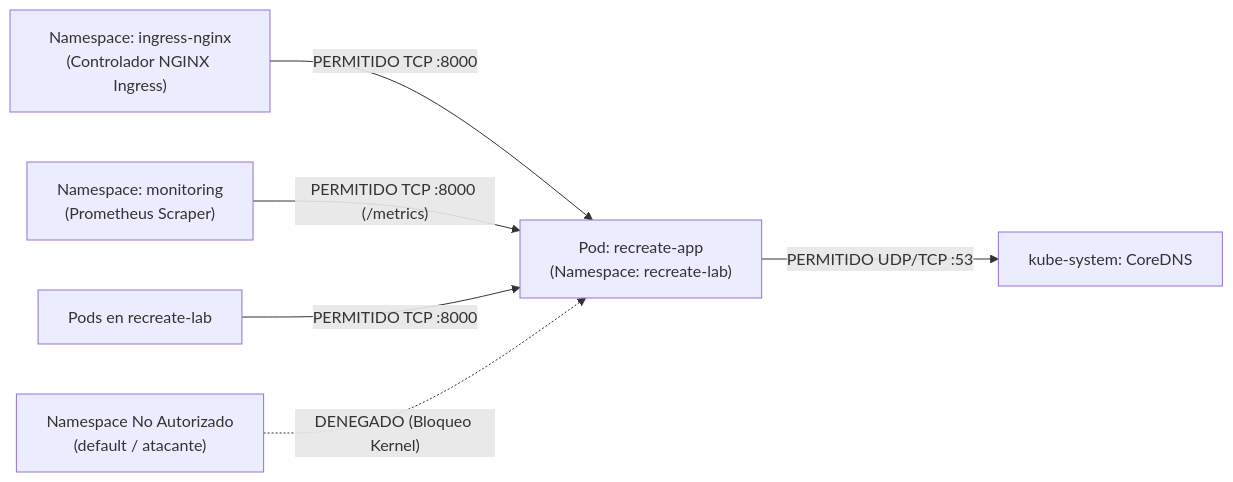
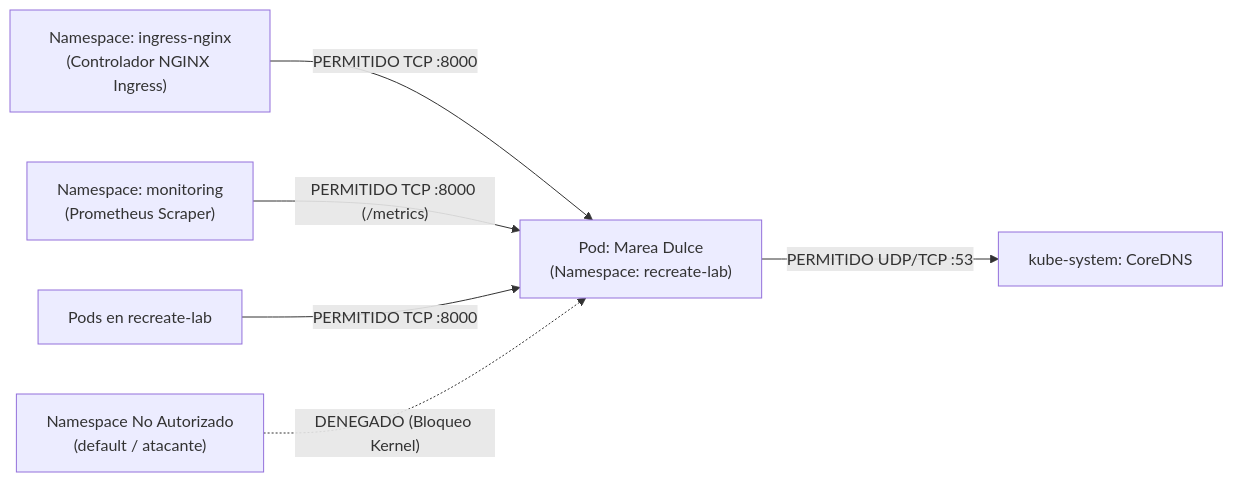
One commit to Esteban-GV/MareaDulce_Recreate changed the diagram in docs/network-policies.md. Above: the diagram before and after it, drawn with Mermaid. The commit also changed other lines of this file and 138 other files, not shown here.

Commit message:
feat(docs): migrate documentation, platform and architecture to Marea Dulce Recreate deployment

````diff
--- a/docs/network-policies.md
+++ b/docs/network-policies.md
@@ -17,8 +17,8 @@
 ```mermaid
 flowchart LR
-    Ingress["Namespace: ingress-nginx\n(Controlador NGINX Ingress)"] -->|"PERMITIDO TCP :8000"| App["Pod: recreate-app\n(Namespace: recreate-lab)"]
+    Ingress["Namespace: ingress-nginx\n(Controlador NGINX Ingress)"] -->|"PERMITIDO TCP :8000"| App["Pod: Marea Dulce\n(Namespace: recreate-lab)"]
     Prom["Namespace: monitoring\n(Prometheus Scraper)"] -->|"PERMITIDO TCP :8000 (/metrics)"| App
     Internal["Pods en recreate-lab"] -->|"PERMITIDO TCP :8000"| App
     Rogue["Namespace No Autorizado\n(default / atacante)"] -.->|"DENEGADO (Bloqueo Kernel)"| App
     App -->|"PERMITIDO UDP/TCP :53"| DNS["kube-system: CoreDNS"]
 ```
````
